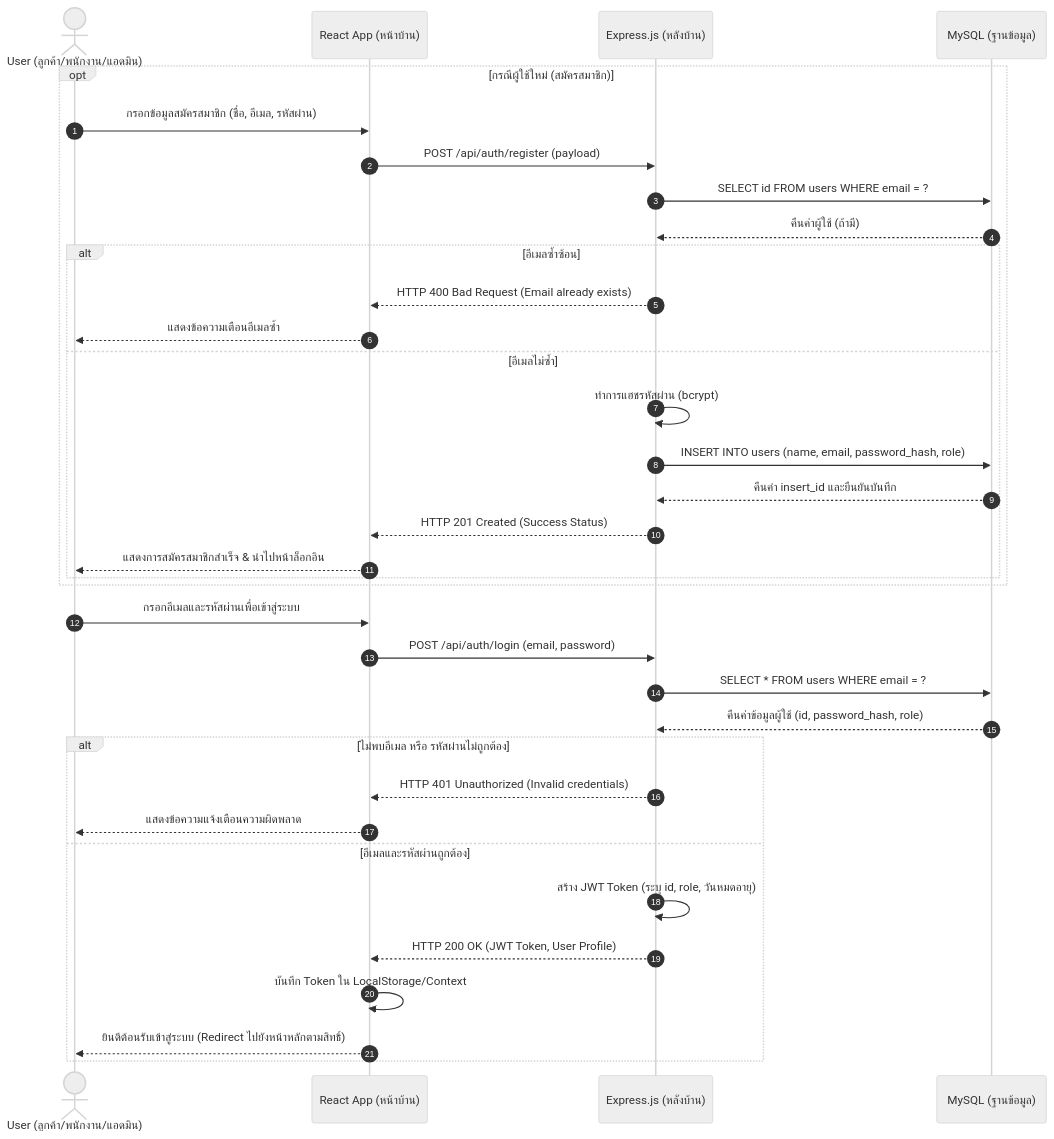
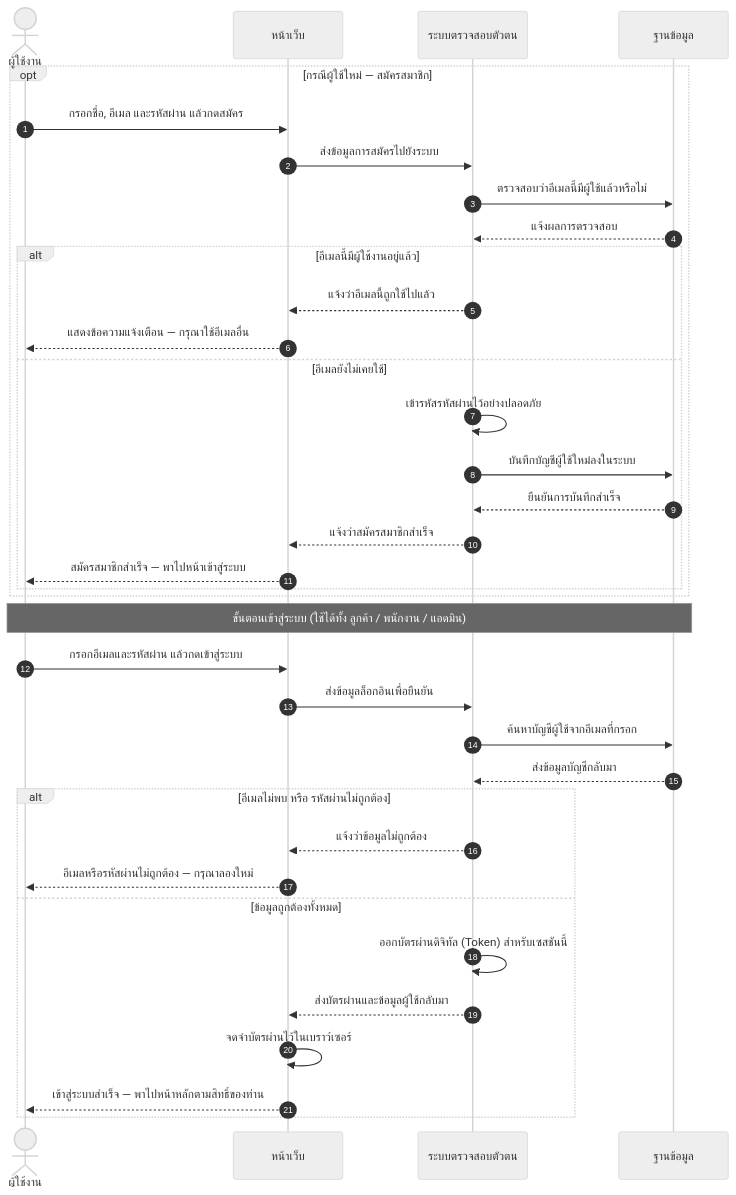
The third of 11 diagrams in diagram/workshop4.md (SupvichSpuGM/online-bookstore), drawn with Mermaid (neutral theme) before and after one commit. The commit also changed other lines of this file and 1 other file, not shown here.

````diff
--- a/diagram/workshop4.md
+++ b/diagram/workshop4.md
@@ -226,40 +238,40 @@
 ```mermaid
 sequenceDiagram
-            autonumber
-            actor User as User (ลูกค้า/พนักงาน/แอดมิน)
-            participant Client as React App (หน้าบ้าน)
-            participant API as Express.js (หลังบ้าน)
-            participant DB as MySQL (ฐานข้อมูล)
+    autonumber
+    actor User as ผู้ใช้งาน
+    participant Web as หน้าเว็บ
+    participant Auth as ระบบตรวจสอบตัวตน
+    participant DB as ฐานข้อมูล
 
-            opt กรณีผู้ใช้ใหม่ (สมัครสมาชิก)
-                User->>Client: กรอกข้อมูลสมัครสมาชิก (ชื่อ, อีเมล, รหัสผ่าน)
-                Client->>API: POST /api/auth/register (payload)
-                API->>DB: SELECT id FROM users WHERE email = ?
-                DB-->>API: คืนค่าผู้ใช้ (ถ้ามี)
-                alt อีเมลซ้ำซ้อน
-                    API-->>Client: HTTP 400 Bad Request (Email already exists)
-                    Client-->>User: แสดงข้อความเตือนอีเมลซ้ำ
-                else อีเมลไม่ซ้ำ
-                    API->>API: ทำการแฮชรหัสผ่าน (bcrypt)
-                    API->>DB: INSERT INTO users (name, email, password_hash, role)
-                    DB-->>API: คืนค่า insert_id และยืนยันบันทึก
-                    API-->>Client: HTTP 201 Created (Success Status)
-                    Client-->>User: แสดงการสมัครสมาชิกสำเร็จ & นำไปหน้าล็อกอิน
-                end
-            end
+    opt กรณีผู้ใช้ใหม่ — สมัครสมาชิก
+        User->>Web: กรอกชื่อ, อีเมล และรหัสผ่าน แล้วกดสมัคร
+        Web->>Auth: ส่งข้อมูลการสมัครไปยังระบบ
+        Auth->>DB: ตรวจสอบว่าอีเมลนี้มีผู้ใช้แล้วหรือไม่
+        DB-->>Auth: แจ้งผลการตรวจสอบ
+        alt อีเมลนี้มีผู้ใช้งานอยู่แล้ว
+            Auth-->>Web: แจ้งว่าอีเมลนี้ถูกใช้ไปแล้ว
+            Web-->>User: แสดงข้อความแจ้งเตือน — กรุณาใช้อีเมลอื่น
+        else อีเมลยังไม่เคยใช้
+            Auth->>Auth: เข้ารหัสรหัสผ่านไว้อย่างปลอดภัย
+            Auth->>DB: บันทึกบัญชีผู้ใช้ใหม่ลงในระบบ
+            DB-->>Auth: ยืนยันการบันทึกสำเร็จ
+            Auth-->>Web: แจ้งว่าสมัครสมาชิกสำเร็จ
+            Web-->>User: สมัครสมาชิกสำเร็จ — พาไปหน้าเข้าสู่ระบบ
+        end
+    end
 
-            User->>Client: กรอกอีเมลและรหัสผ่านเพื่อเข้าสู่ระบบ
-            Client->>API: POST /api/auth/login (email, password)
-            API->>DB: SELECT * FROM users WHERE email = ?
-            DB-->>API: คืนค่าข้อมูลผู้ใช้ (id, password_hash, role)
-            
-            alt ไม่พบอีเมล หรือ รหัสผ่านไม่ถูกต้อง
-                API-->>Client: HTTP 401 Unauthorized (Invalid credentials)
-                Client-->>User: แสดงข้อความแจ้งเตือนความผิดพลาด
-            else อีเมลและรหัสผ่านถูกต้อง
-                API->>API: สร้าง JWT Token (ระบุ id, role, วันหมดอายุ)
-                API-->>Client: HTTP 200 OK (JWT Token, User Profile)
-                Client->>Client: บันทึก Token ใน LocalStorage/Context
-                Client-->>User: ยินดีต้อนรับเข้าสู่ระบบ (Redirect ไปยังหน้าหลักตามสิทธิ์)
-            end
+    Note over User, DB: ขั้นตอนเข้าสู่ระบบ (ใช้ได้ทั้ง ลูกค้า / พนักงาน / แอดมิน)
+    User->>Web: กรอกอีเมลและรหัสผ่าน แล้วกดเข้าสู่ระบบ
+    Web->>Auth: ส่งข้อมูลล็อกอินเพื่อยืนยัน
+    Auth->>DB: ค้นหาบัญชีผู้ใช้จากอีเมลที่กรอก
+    DB-->>Auth: ส่งข้อมูลบัญชีกลับมา
+    alt อีเมลไม่พบ หรือ รหัสผ่านไม่ถูกต้อง
+        Auth-->>Web: แจ้งว่าข้อมูลไม่ถูกต้อง
+        Web-->>User: อีเมลหรือรหัสผ่านไม่ถูกต้อง — กรุณาลองใหม่
+    else ข้อมูลถูกต้องทั้งหมด
+        Auth->>Auth: ออกบัตรผ่านดิจิทัล (Token) สำหรับเซสชันนี้
+        Auth-->>Web: ส่งบัตรผ่านและข้อมูลผู้ใช้กลับมา
+        Web->>Web: จดจำบัตรผ่านไว้ในเบราว์เซอร์
+        Web-->>User: เข้าสู่ระบบสำเร็จ — พาไปหน้าหลักตามสิทธิ์ของท่าน
+    end
 ```
````
